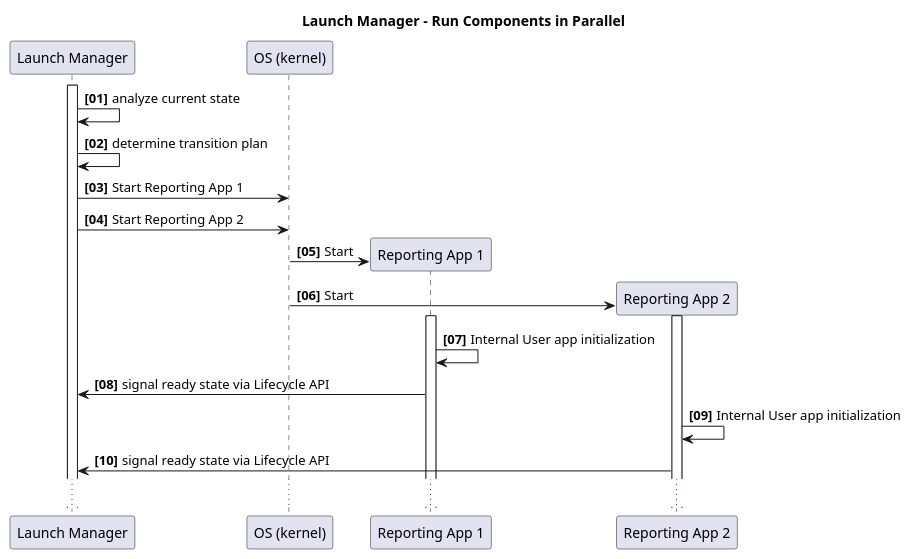
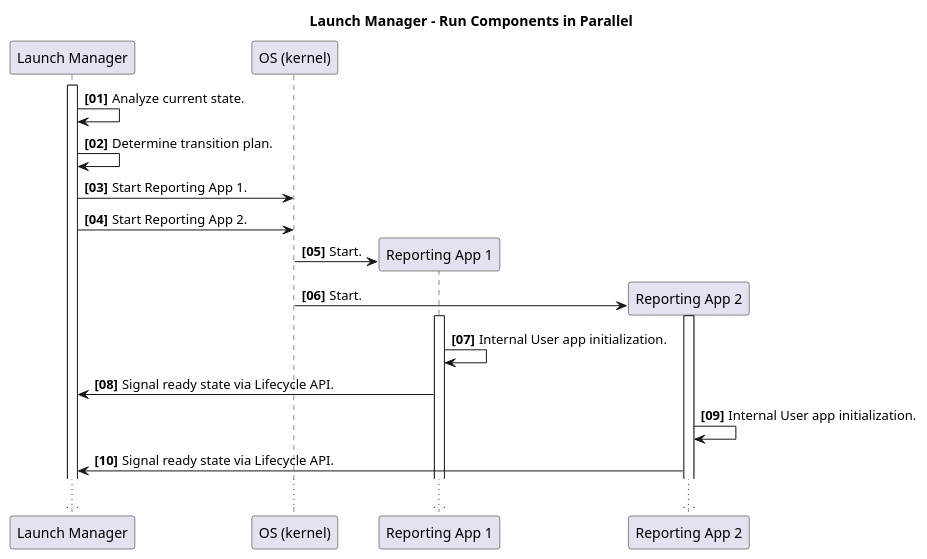
Before and after one commit to eclipse-score/lifecycle: the diagram in docs/features/lifecycle/architecture/_assets/launch_manager_parallel_dep.puml, drawn with PlantUML. The commit also changed 11 other files, not shown here.

```diff
--- a/docs/features/lifecycle/architecture/_assets/launch_manager_parallel_dep.puml
+++ b/docs/features/lifecycle/architecture/_assets/launch_manager_parallel_dep.puml
@@ -14,28 +14,28 @@
 @startuml
 title Launch Manager - Run Components in Parallel
 
 autonumber "<b>[00]"
 
 participant "Launch Manager" as LM
 participant "OS (kernel)" as kernel
 participant "Reporting App 1" as app1
 participant "Reporting App 2" as app2
 activate LM
 
-LM -> LM: analyze current state
-LM -> LM: determine transition plan
+LM -> LM: Analyze current state.
+LM -> LM: Determine transition plan.
 
-LM -> kernel: Start Reporting App 1
-LM -> kernel: Start Reporting App 2
-kernel -> app1 **: Start
-kernel -> app2 **: Start
+LM -> kernel: Start Reporting App 1.
+LM -> kernel: Start Reporting App 2.
+kernel -> app1 **: Start.
+kernel -> app2 **: Start.
 
 activate app1
 activate app2
 
-app1 -> app1: Internal User app initialization
-app1 -> LM: signal ready state via Lifecycle API
-app2 -> app2: Internal User app initialization
-app2 -> LM: signal ready state via Lifecycle API
+app1 -> app1: Internal User app initialization.
+app1 -> LM: Signal ready state via Lifecycle API.
+app2 -> app2: Internal User app initialization.
+app2 -> LM: Signal ready state via Lifecycle API.
 ...
 @enduml
```
